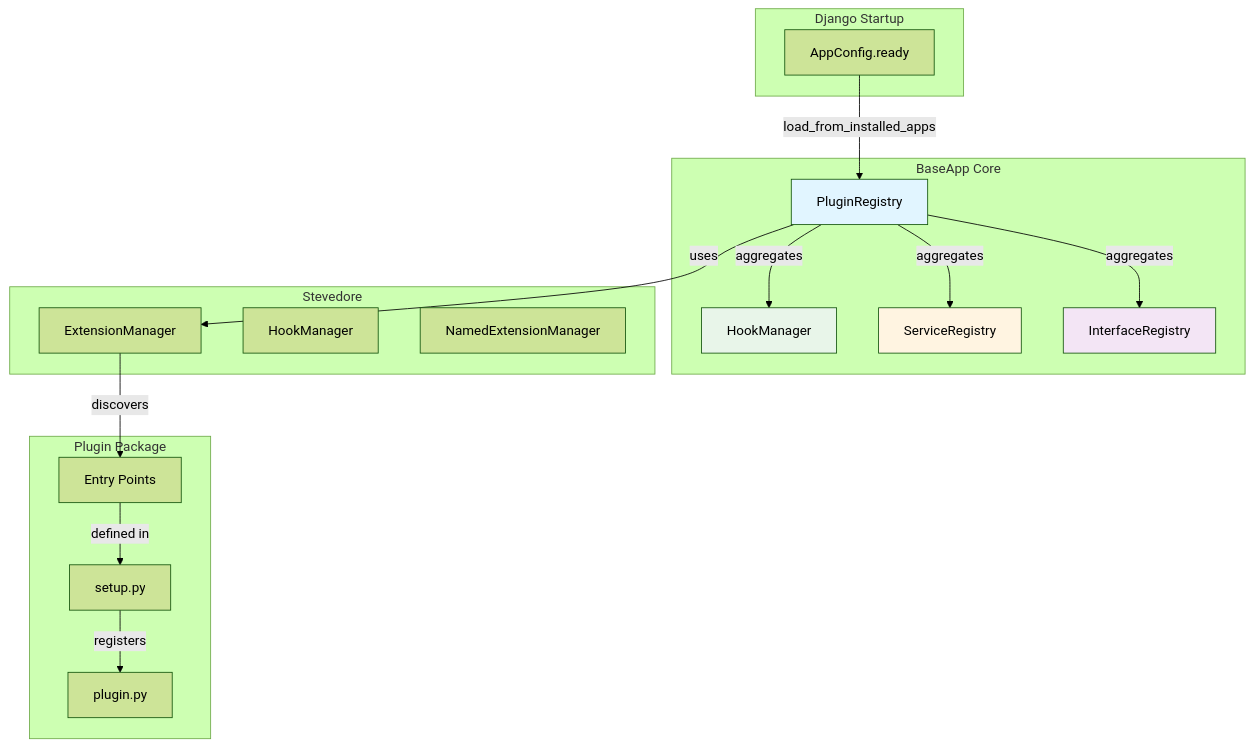
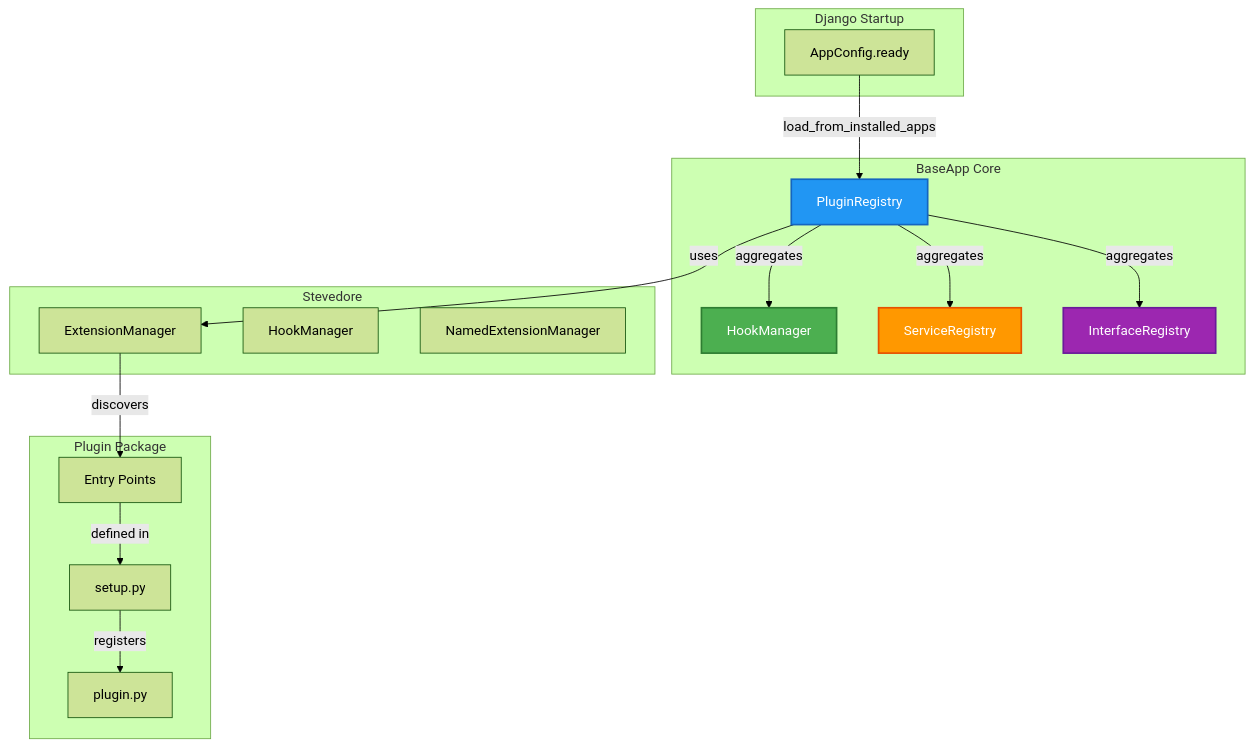
Before and after one commit to silverlogic/baseapp-backend: the first of 8 diagrams in PLUGIN_ARCHITECTURE.md, drawn with Mermaid (forest theme). The commit also changed other lines of this file, not shown here.

````diff
--- a/PLUGIN_ARCHITECTURE.md
+++ b/PLUGIN_ARCHITECTURE.md
@@ -30,40 +30,40 @@
 ```mermaid
 graph TB
     subgraph "Django Startup"
         AC[AppConfig.ready]
     end
     
     subgraph "BaseApp Core"
         PR[PluginRegistry]
         HR[HookManager]
         SR[ServiceRegistry]
         IR[InterfaceRegistry]
     end
     
     subgraph "Stevedore"
         EM[ExtensionManager]
         HM[HookManager]
         NEM[NamedExtensionManager]
     end
     
     subgraph "Plugin Package"
         SP[setup.py]
         PP[plugin.py]
         EP[Entry Points]
     end
     
     AC -->|load_from_installed_apps| PR
     PR -->|uses| EM
     EM -->|discovers| EP
     EP -->|defined in| SP
     SP -->|registers| PP
     
     PR -->|aggregates| HR
     PR -->|aggregates| SR
     PR -->|aggregates| IR
     
-    style PR fill:#e1f5ff
-    style HR fill:#e8f5e9
-    style SR fill:#fff4e1
-    style IR fill:#f3e5f5
+    style PR fill:#2196F3,stroke:#1565C0,stroke-width:2px,color:#fff
+    style HR fill:#4CAF50,stroke:#2E7D32,stroke-width:2px,color:#fff
+    style SR fill:#FF9800,stroke:#E65100,stroke-width:2px,color:#fff
+    style IR fill:#9C27B0,stroke:#6A1B9A,stroke-width:2px,color:#fff
 ```
````
